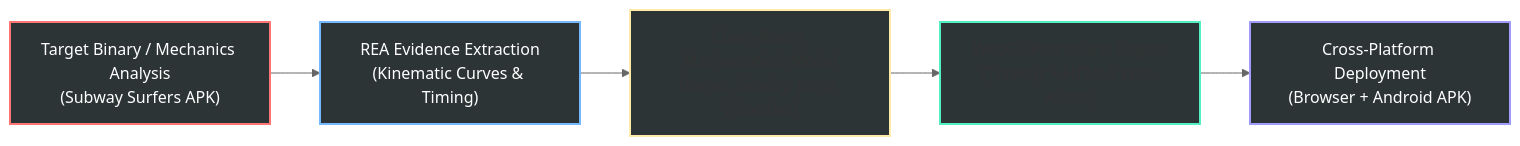
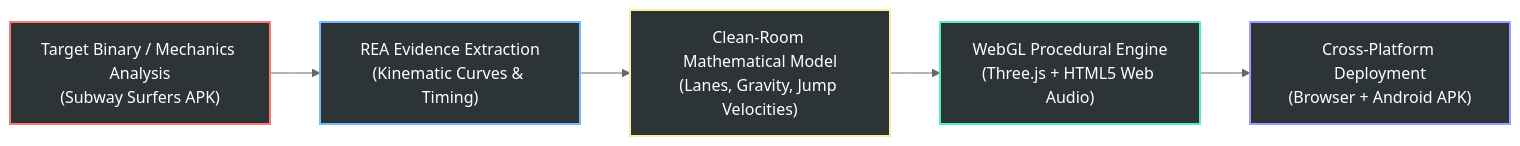
Before and after one commit to ahmedrazakhann/rea-subway-surfers: the diagram in README.md, drawn with Mermaid (neutral theme). The commit also changed other lines of this file and 2 other files, not shown here.

Commit message:
docs: fix Mermaid flowchart preview, update REA repository attribution to morluto/rea, and add author profile for Ahmed Raza Khan

````diff
--- a/README.md
+++ b/README.md
@@ -75,13 +77,13 @@
 ```mermaid
 flowchart LR
-    A["Target Binary / Mechanics Analysis\n(Subway Surfers APK)"] --> B["REA Evidence Extraction\n(Kinematic Curves & Timing)"]
-    B --> C["Clean-Room Mathematical Model\n(Lanes, Gravity, Jump Velocities)"]
-    C --> D["WebGL Procedural Engine\n(Three.js + HTML5 Web Audio)"]
-    D --> E["Cross-Platform Deployment\n(Browser + Android APK)"]
+    A["Target Binary / Mechanics Analysis<br/>(Subway Surfers APK)"] --> B["REA Evidence Extraction<br/>(Kinematic Curves & Timing)"]
+    B --> C["Clean-Room Mathematical Model<br/>(Lanes, Gravity, Jump Velocities)"]
+    C --> D["WebGL Procedural Engine<br/>(Three.js + HTML5 Web Audio)"]
+    D --> E["Cross-Platform Deployment<br/>(Browser + Android APK)"]
     
     style A fill:#2d3436,stroke:#ff7675,stroke-width:2px,color:#fff
     style B fill:#2d3436,stroke:#74b9ff,stroke-width:2px,color:#fff
-    style C fill:#2d3436,stroke:#ffeaa7,stroke-width:2px,color:#333
-    style D fill:#2d3436,stroke:#55efc4,stroke-width:2px,color:#333
+    style C fill:#2d3436,stroke:#ffeaa7,stroke-width:2px,color:#fff
+    style D fill:#2d3436,stroke:#55efc4,stroke-width:2px,color:#fff
     style E fill:#2d3436,stroke:#a29bfe,stroke-width:2px,color:#fff
 ```
````
